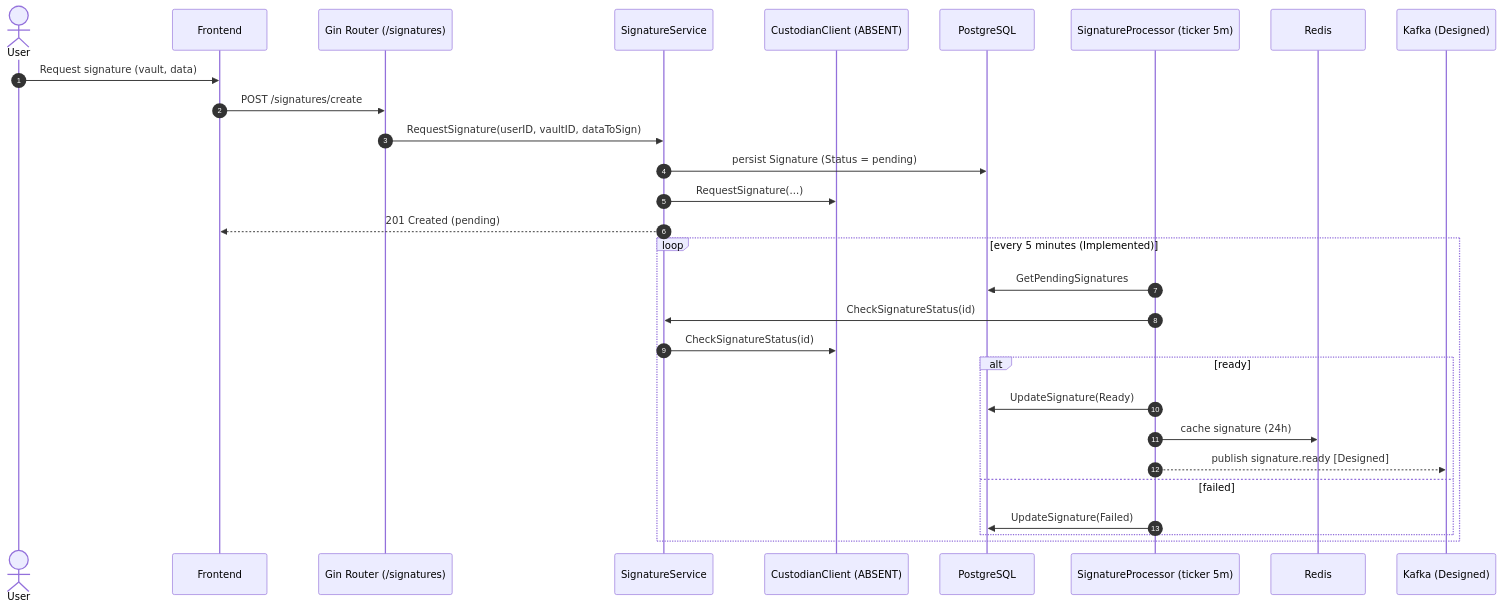
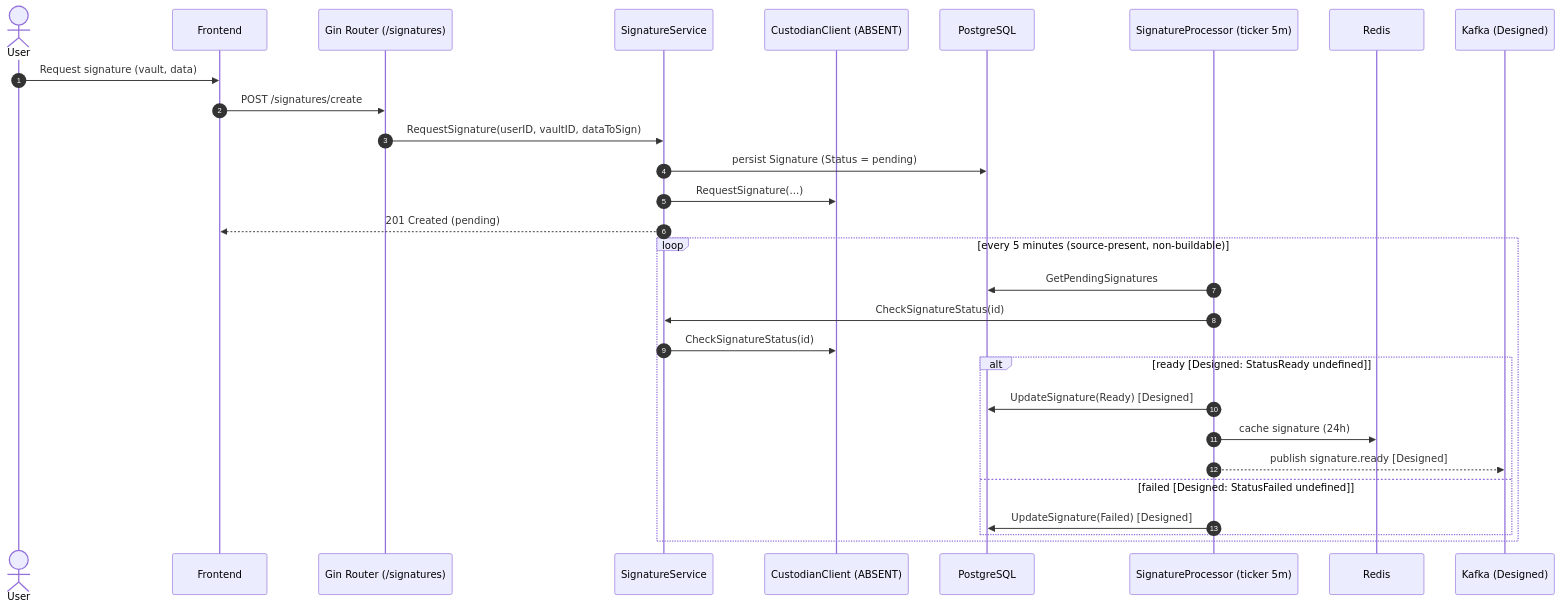
One commit to blitzy-public-samples/blockchain-integration-6edhrq changed the third of 4 diagrams in docs/architecture/data-flow.md. Above: the diagram before and after it, drawn with Mermaid. The commit also changed other lines of this file and 27 other files, not shown here.

````diff
--- a/docs/architecture/data-flow.md
+++ b/docs/architecture/data-flow.md
@@ -110,31 +111,31 @@
 ```mermaid
 sequenceDiagram
     autonumber
     actor U as User
     participant F as Frontend
     participant R as Gin Router (/signatures)
     participant SS as SignatureService
     participant CU as CustodianClient (ABSENT)
     participant DB as PostgreSQL
     participant SP as SignatureProcessor (ticker 5m)
     participant RD as Redis
     participant K as Kafka (Designed)
     U->>F: Request signature (vault, data)
     F->>R: POST /signatures/create
     R->>SS: RequestSignature(userID, vaultID, dataToSign)
     SS->>DB: persist Signature (Status = pending)
     SS->>CU: RequestSignature(...)
     SS-->>F: 201 Created (pending)
-    loop every 5 minutes (Implemented)
+    loop every 5 minutes (source-present, non-buildable)
         SP->>DB: GetPendingSignatures
         SP->>SS: CheckSignatureStatus(id)
         SS->>CU: CheckSignatureStatus(id)
-        alt ready
-            SP->>DB: UpdateSignature(Ready)
+        alt ready [Designed: StatusReady undefined]
+            SP->>DB: UpdateSignature(Ready) [Designed]
             SP->>RD: cache signature (24h)
             SP-->>K: publish signature.ready [Designed]
-        else failed
-            SP->>DB: UpdateSignature(Failed)
+        else failed [Designed: StatusFailed undefined]
+            SP->>DB: UpdateSignature(Failed) [Designed]
         end
     end
 ```
````
